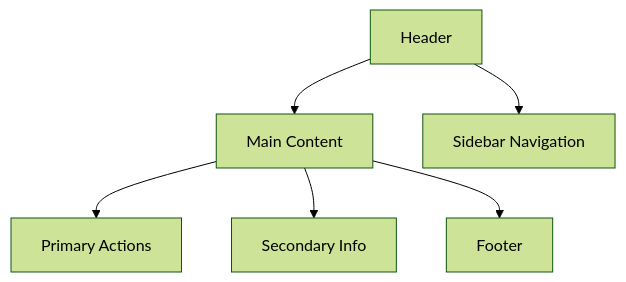
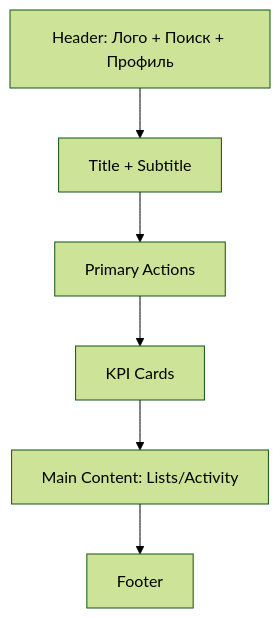
Before and after one commit to OlgaKraven/GDRMI.PP.PM.03-method: the first of 2 diagrams in docs/8.md, drawn with Mermaid (forest theme). The commit also changed other lines of this file and 2 other files, not shown here.

````diff
--- a/docs/8.md
+++ b/docs/8.md
@@ -72,8 +125,8 @@
 ```mermaid
 flowchart TD
-    A[Header] --> B[Main Content]
-    B --> C[Primary Actions]
-    B --> D[Secondary Info]
-    A --> E[Sidebar Navigation]
-    B --> F[Footer]
+    H[Header: Лого + Поиск + Профиль] --> T[Title + Subtitle]
+    T --> A[Primary Actions]
+    A --> K[KPI Cards]
+    K --> C[Main Content: Lists/Activity]
+    C --> F[Footer]
 ```
````
